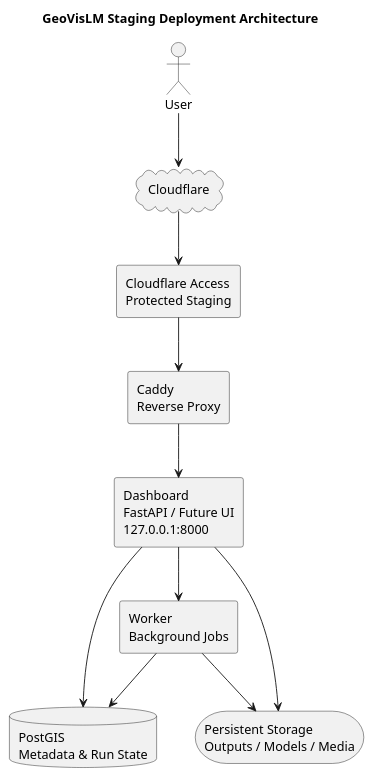
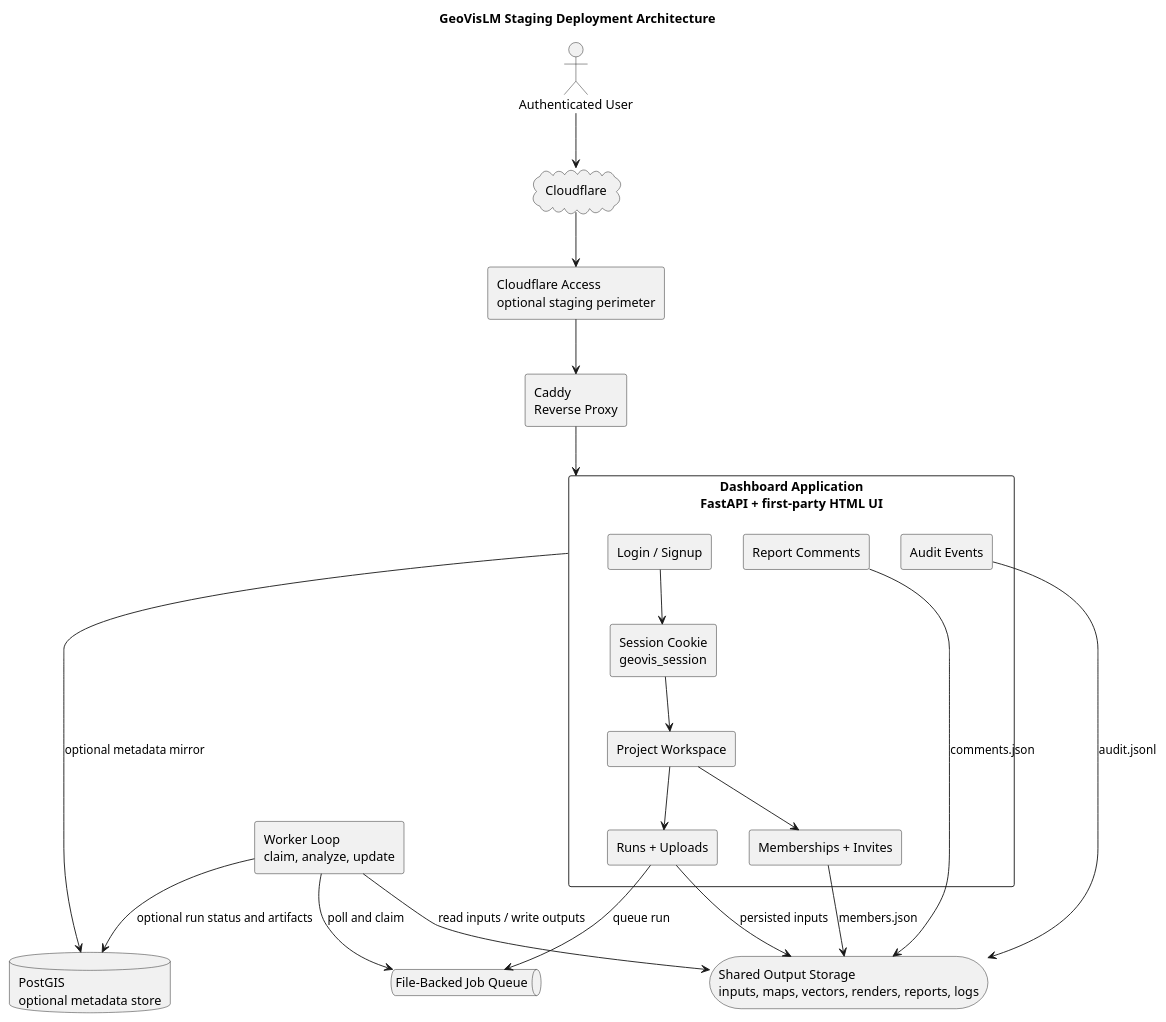
Before and after one commit to Ryner88/GeoVisLM: the diagram in docs/diagrams/plantuml/system_architecture.puml, drawn with PlantUML. The commit also changed 18 other files, not shown here.

Commit message:
Repair GeoMiniLM evaluation protocol and architecture diagrams

```diff
--- a/docs/diagrams/plantuml/system_architecture.puml
+++ b/docs/diagrams/plantuml/system_architecture.puml
@@ -1,26 +1,47 @@
 @startuml
 title GeoVisLM Staging Deployment Architecture
 
 skinparam componentStyle rectangle
 skinparam shadowing false
 
-actor User
+actor "Authenticated User" as User
 cloud "Cloudflare" as Cloudflare
-component "Cloudflare Access\nProtected Staging" as Access
+component "Cloudflare Access\noptional staging perimeter" as Access
 component "Caddy\nReverse Proxy" as Caddy
-component "Dashboard\nFastAPI / Future UI\n127.0.0.1:8000" as Dashboard
-component "Worker\nBackground Jobs" as Worker
-database "PostGIS\nMetadata & Run State" as Database
-storage "Persistent Storage\nOutputs / Models / Media" as Storage
+
+rectangle "Dashboard Application\nFastAPI + first-party HTML UI" as Dashboard {
+  component "Login / Signup" as Login
+  component "Session Cookie\ngeovis_session" as Session
+  component "Project Workspace" as Projects
+  component "Runs + Uploads" as Runs
+  component "Report Comments" as Comments
+  component "Memberships + Invites" as Members
+  component "Audit Events" as Audit
+}
+
+queue "File-Backed Job Queue" as Jobs
+component "Worker Loop\nclaim, analyze, update" as Worker
+database "PostGIS\noptional metadata store" as PostGIS
+storage "Shared Output Storage\ninputs, maps, vectors, renders, reports, logs" as Storage
 
 User --> Cloudflare
 Cloudflare --> Access
 Access --> Caddy
 Caddy --> Dashboard
-Dashboard --> Worker
-Dashboard --> Database
-Worker --> Database
-Dashboard --> Storage
-Worker --> Storage
+
+Login --> Session
+Session --> Projects
+Projects --> Members
+Projects --> Runs
+Runs --> Jobs : queue run
+Runs --> Storage : persisted inputs
+Comments --> Storage : comments.json
+Members --> Storage : members.json
+Audit --> Storage : audit.jsonl
+
+Dashboard --> PostGIS : optional metadata mirror
+Worker --> Jobs : poll and claim
+Worker --> Storage : read inputs / write outputs
+Worker --> PostGIS : optional run status and artifacts
 
 @enduml
```
